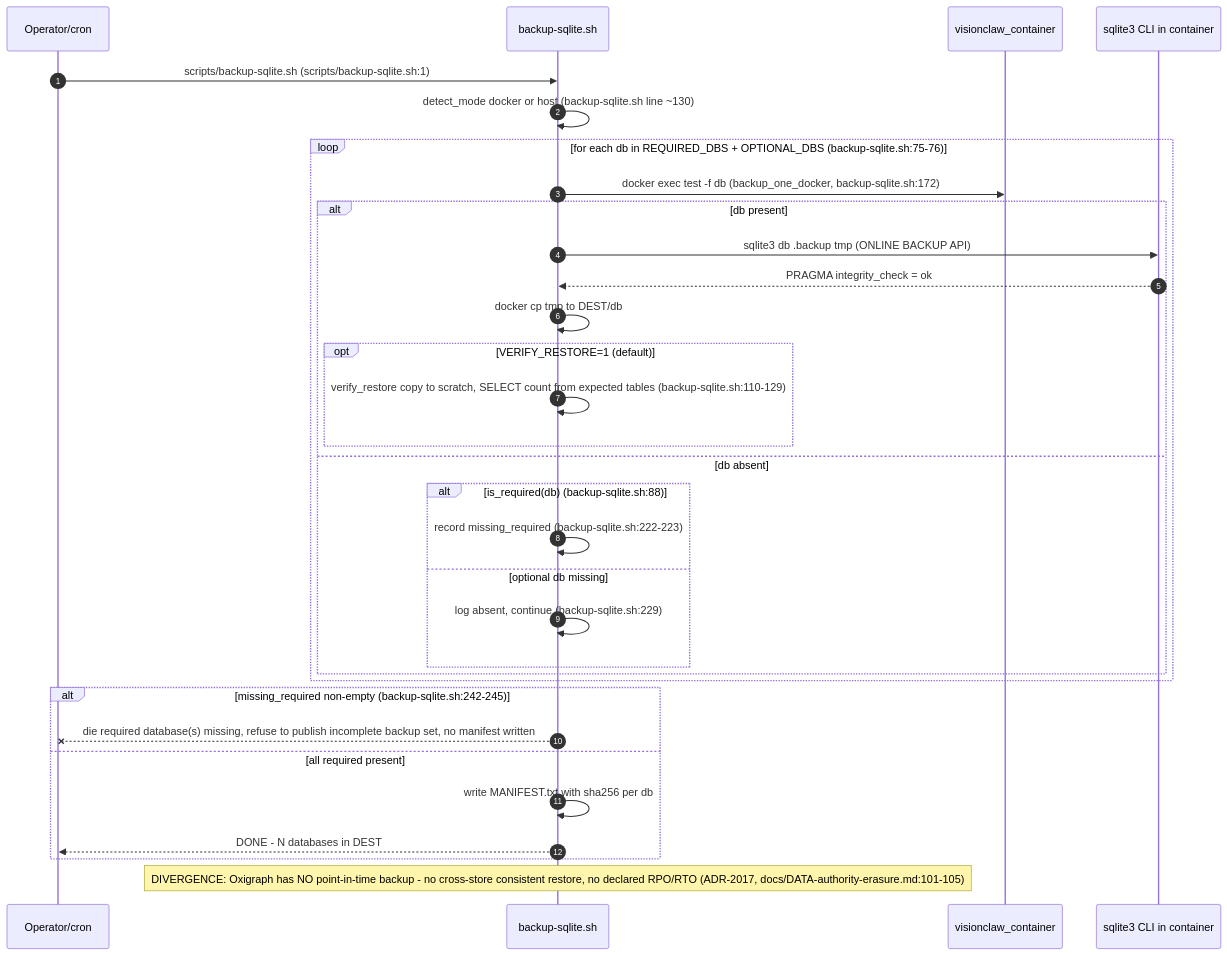
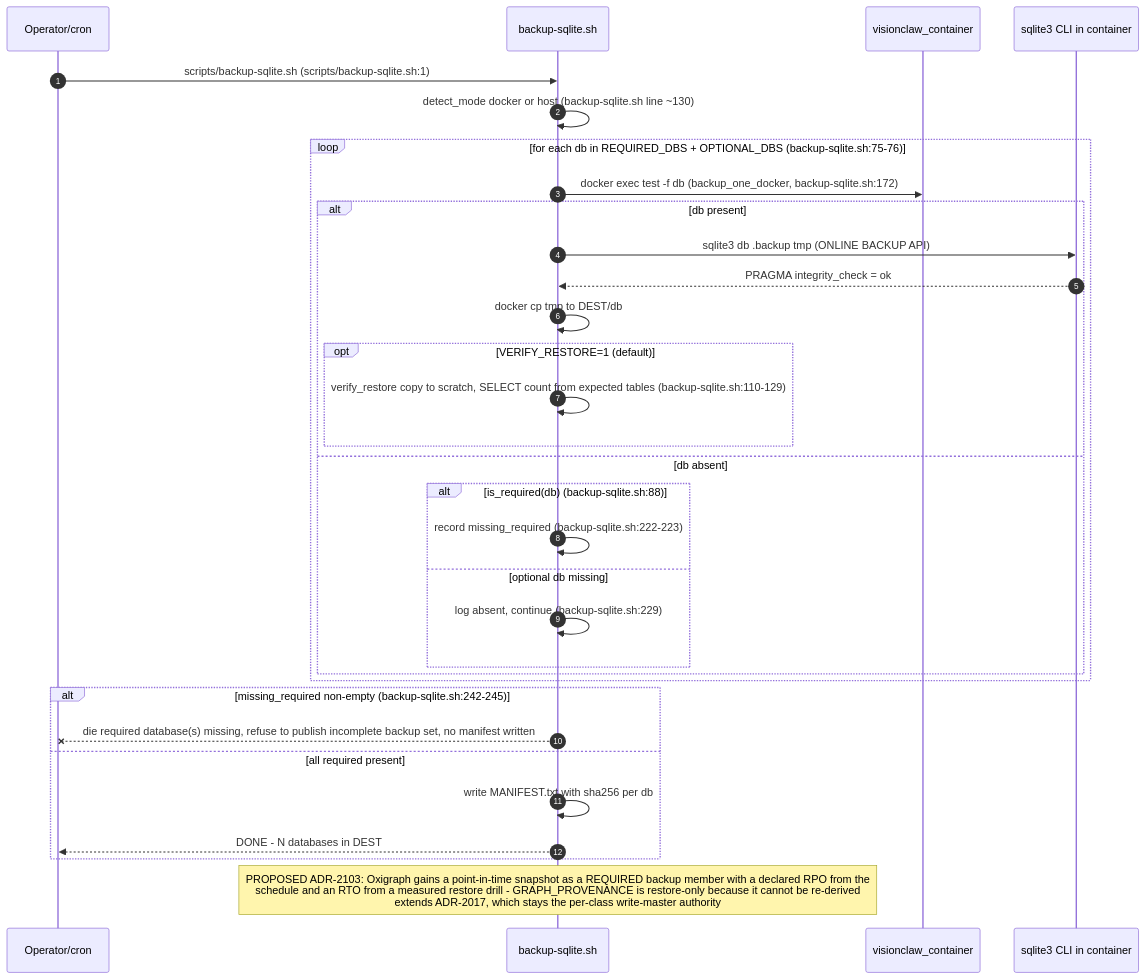
The seventh of 11 diagrams in docs/diagrams/visionclaw/22-data-authority-provenance-erasure.md (DreamLab-AI/AR-AI-Knowledge-Graph), drawn with Mermaid before and after one commit. The commit also changed other lines of this file and 172 other files, not shown here.

````diff
--- a/docs/diagrams/visionclaw/22-data-authority-provenance-erasure.md
+++ b/docs/diagrams/visionclaw/22-data-authority-provenance-erasure.md
@@ -296,35 +300,35 @@
 ```mermaid
 sequenceDiagram
     autonumber
     participant OP as Operator/cron
     participant SH as backup-sqlite.sh
     participant CT as visionclaw_container
     participant SQL as sqlite3 CLI in container
 
     OP->>SH: scripts/backup-sqlite.sh (scripts/backup-sqlite.sh:1)
     SH->>SH: detect_mode docker or host (backup-sqlite.sh line ~130)
     loop for each db in REQUIRED_DBS + OPTIONAL_DBS (backup-sqlite.sh:75-76)
         SH->>CT: docker exec test -f db (backup_one_docker, backup-sqlite.sh:172)
         alt db present
             SH->>SQL: sqlite3 db .backup tmp (ONLINE BACKUP API)
             SQL-->>SH: PRAGMA integrity_check = ok
             SH->>SH: docker cp tmp to DEST/db
             opt VERIFY_RESTORE=1 (default)
                 SH->>SH: verify_restore copy to scratch, SELECT count from expected tables (backup-sqlite.sh:110-129)
             end
         else db absent
             alt is_required(db) (backup-sqlite.sh:88)
                 SH->>SH: record missing_required (backup-sqlite.sh:222-223)
             else optional db missing
                 SH->>SH: log absent, continue (backup-sqlite.sh:229)
             end
         end
     end
     alt missing_required non-empty (backup-sqlite.sh:242-245)
         SH--xOP: die required database(s) missing, refuse to publish incomplete backup set, no manifest written
     else all required present
         SH->>SH: write MANIFEST.txt with sha256 per db
         SH-->>OP: DONE - N databases in DEST
     end
-    Note over SH: DIVERGENCE: Oxigraph has NO point-in-time backup - no cross-store consistent restore, no declared RPO/RTO (ADR-2017, docs/DATA-authority-erasure.md:101-105)
+    Note over SH: PROPOSED ADR-2103: Oxigraph gains a point-in-time snapshot as a REQUIRED backup member with a declared RPO from the<br/>schedule and an RTO from a measured restore drill - GRAPH_PROVENANCE is restore-only because it cannot be re-derived<br/>extends ADR-2017, which stays the per-class write-master authority
 ```
````
